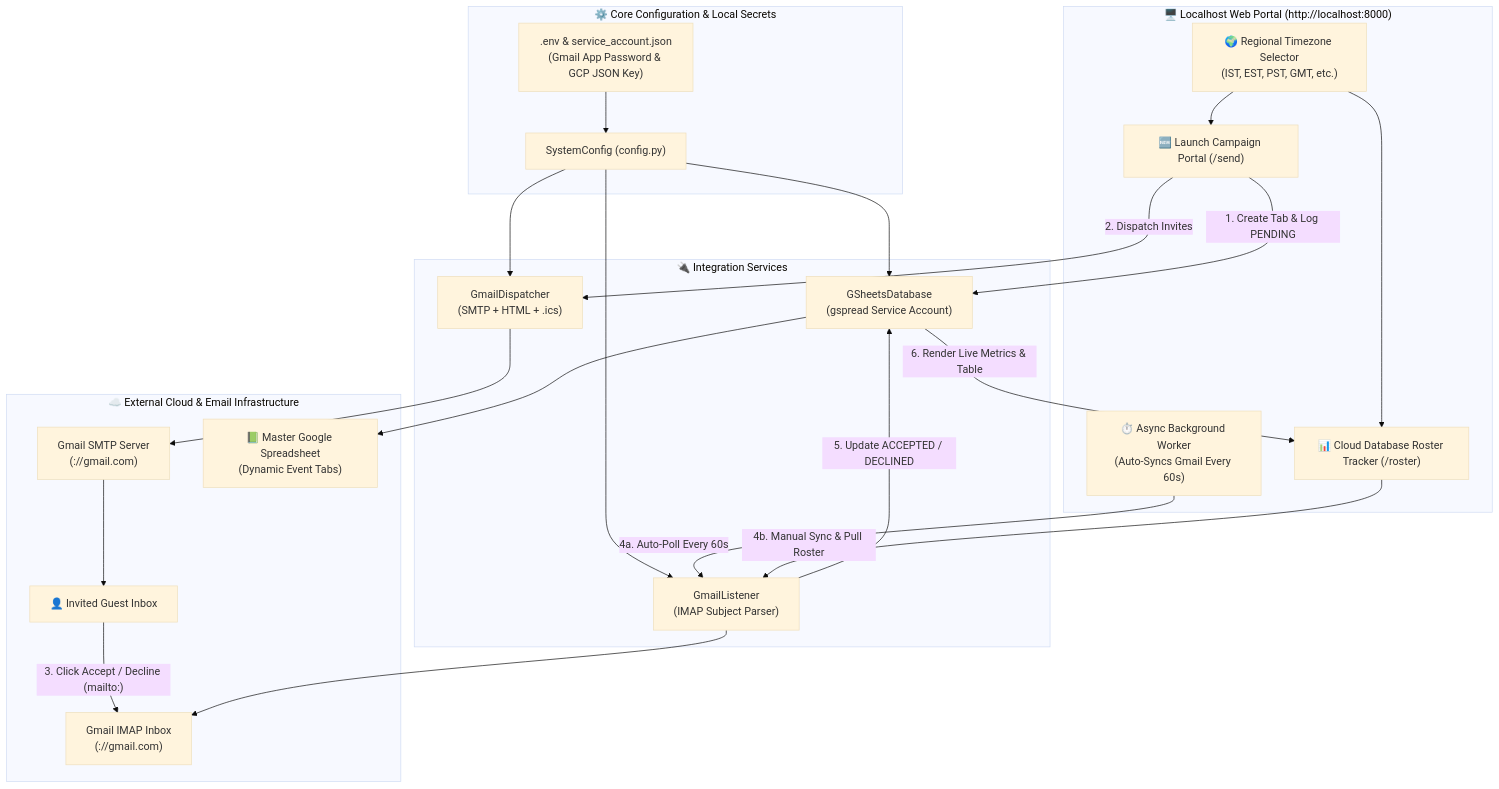
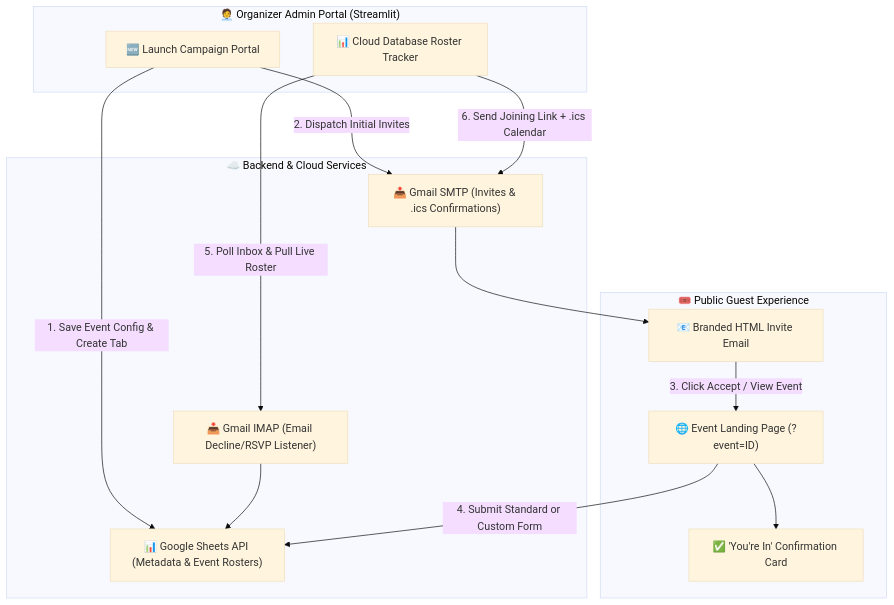
The first of 2 diagrams in README.md (SRINIVASTA/event-manager), drawn with Mermaid (base theme) before and after one commit. The commit also changed other lines of this file, not shown here.

````diff
--- a/README.md
+++ b/README.md
@@ -11,43 +26,29 @@
 ```mermaid
 flowchart TD
-    subgraph UI["🖥️ Localhost Web Portal (http://localhost:8000)"]
-        TZ["🌍 Regional Timezone Selector\n(IST, EST, PST, GMT, etc.)"]
-        T1["🆕 Launch Campaign Portal (/send)"]
-        T2["📊 Cloud Database Roster Tracker (/roster)"]
-        BG["⏱️ Async Background Worker\n(Auto-Syncs Gmail Every 60s)"]
+    subgraph Admin["🧑‍💼 Organizer Admin Portal (Streamlit)"]
+        A1["🆕 Launch Campaign Portal"]
+        A2["📊 Cloud Database Roster Tracker"]
     end
 
-    subgraph CORE["⚙️ Core Configuration & Local Secrets"]
-        CFG["SystemConfig (config.py)"]
-        ENV[".env & service_account.json\n(Gmail App Password & GCP JSON Key)"]
+    subgraph Guest["🎟️ Public Guest Experience"]
+        G1["📧 Branded HTML Invite Email"]
+        G2["🌐 Event Landing Page (?event=ID)"]
+        G3["✅ 'You're In' Confirmation Card"]
     end
 
-    subgraph SERVICES["🔌 Integration Services"]
-        DISP["GmailDispatcher\n(SMTP + HTML + .ics)"]
-        LIST["GmailListener\n(IMAP Subject Parser)"]
-        DB["GSheetsDatabase\n(gspread Service Account)"]
+    subgraph Cloud["☁️ Backend & Cloud Services"]
+        S1["📊 Google Sheets API (Metadata & Event Rosters)"]
+        S2["📤 Gmail SMTP (Invites & .ics Confirmations)"]
+        S3["📥 Gmail IMAP (Email Decline/RSVP Listener)"]
     end
 
-    subgraph EXTERNAL["☁️ External Cloud & Email Infrastructure"]
-        SMTP["Gmail SMTP Server\n(://gmail.com)"]
-        IMAP["Gmail IMAP Inbox\n(://gmail.com)"]
-        GUEST["👤 Invited Guest Inbox"]
-        GSHEET["📗 Master Google Spreadsheet\n(Dynamic Event Tabs)"]
-    end
-
-    ENV --> CFG
-    TZ --> T1 & T2
-    CFG --> DISP & LIST & DB
-
-    T1 -->|"1. Create Tab & Log PENDING"| DB
-    T1 -->|"2. Dispatch Invites"| DISP
-    DB --> GSHEET
-    DISP --> SMTP --> GUEST
-
-    GUEST -->|"3. Click Accept / Decline (mailto:)"| IMAP
-    BG -->|"4a. Auto-Poll Every 60s"| LIST
-    T2 -->|"4b. Manual Sync & Pull Roster"| LIST
-    LIST --> IMAP
-    LIST -->|"5. Update ACCEPTED / DECLINED"| DB
-    DB -->|"6. Render Live Metrics & Table"| T2
+    A1 -- "1. Save Event Config & Create Tab" --> S1
+    A1 -- "2. Dispatch Initial Invites" --> S2
+    S2 --> G1
+    G1 -- "3. Click Accept / View Event" --> G2
+    G2 -- "4. Submit Standard or Custom Form" --> S1
+    G2 --> G3
+    A2 -- "5. Poll Inbox & Pull Live Roster" --> S3
+    S3 --> S1
+    A2 -- "6. Send Joining Link + .ics Calendar" --> S2
 ```
````
